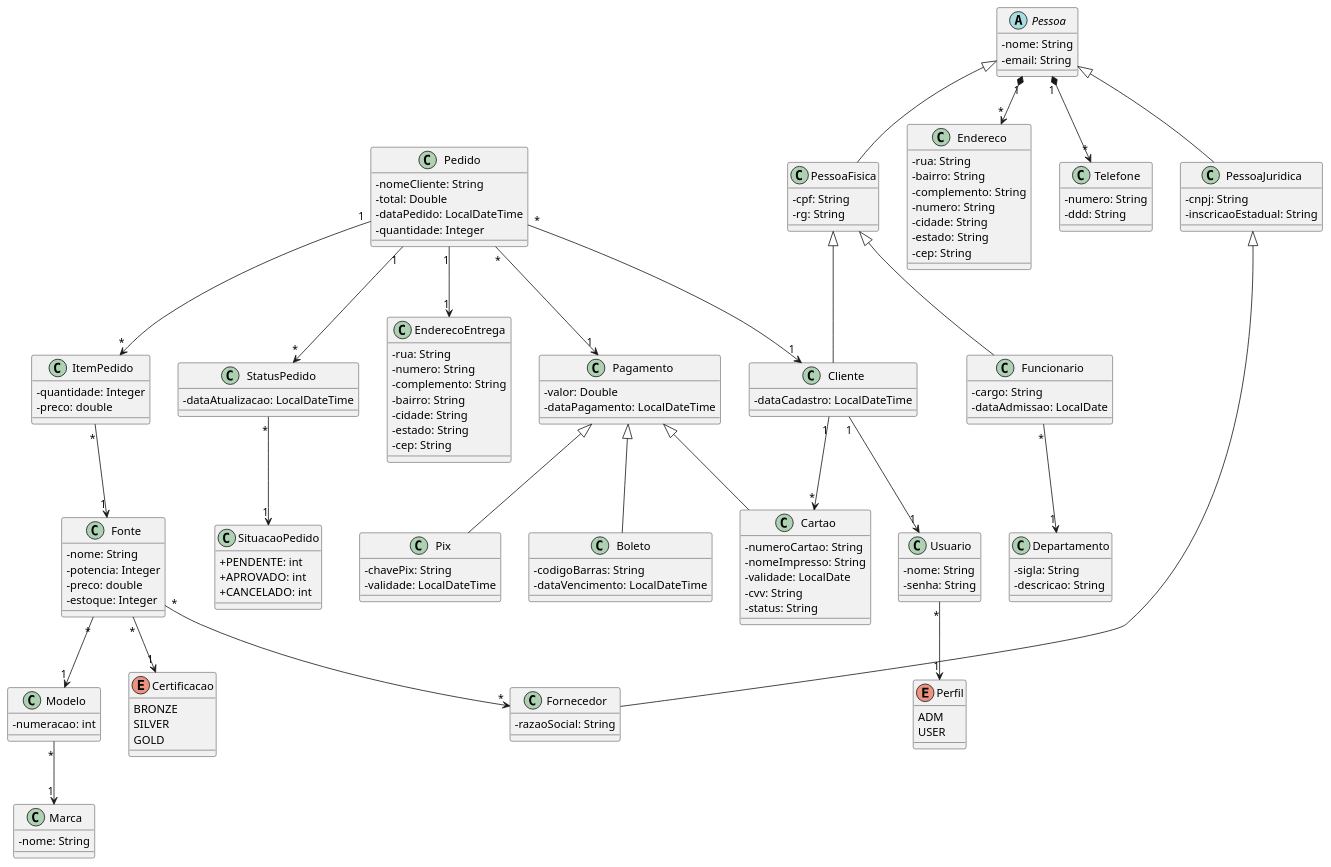
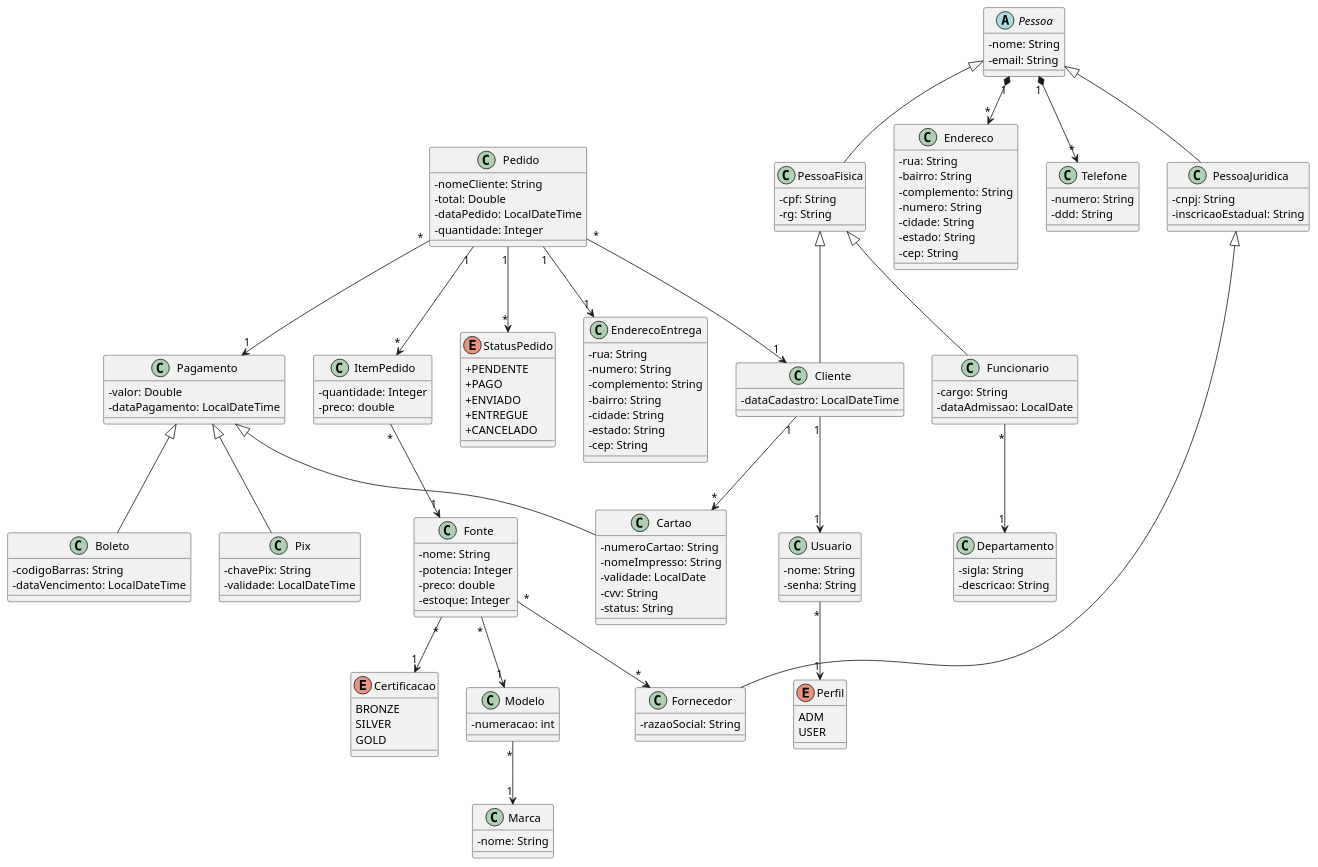
Before and after one commit to BielGG9/fontestp1: the diagram in src/main/resources/UML.puml, drawn with PlantUML.

Commit message:
SÓ DA GLORIA A DEUS

```diff
--- a/src/main/resources/UML.puml
+++ b/src/main/resources/UML.puml
@@ -1,168 +1,166 @@
 @startuml
 
 skinparam classAttributeIconSize 0
 
 class PessoaFisica extends Pessoa {
   -cpf: String
   -rg: String
 }
 
 class PessoaJuridica extends Pessoa {
   -cnpj: String
   -inscricaoEstadual: String
 }
 
 abstract class Pessoa {
   -nome: String
   -email: String
 }
 
 class Cliente extends PessoaFisica {
   -dataCadastro: LocalDateTime
 }
 
 class Endereco {
   -rua: String
   -bairro: String
   -complemento: String
   -numero: String
   -cidade: String
   -estado: String
   -cep: String
 }
 
 class Telefone {
   -numero: String
   -ddd: String
 }
 
 Class Departamento {
   -sigla: String
   -descricao: String
 }
 
 class Funcionario extends PessoaFisica {
   -cargo: String
   -dataAdmissao: LocalDate
 }
 
 class Fornecedor extends PessoaJuridica {
   -razaoSocial: String
 }
 
 class Usuario {
   -nome: String
   -senha: String
 }
 
 Enum Perfil {
   ADM
   USER
 }
 
 class Pedido {
   -nomeCliente: String
   -total: Double
   -dataPedido: LocalDateTime
   -quantidade: Integer
 }
 
 Class EnderecoEntrega {
   -rua: String
   -numero: String
   -complemento: String
   -bairro: String
   -cidade: String
   -estado: String
   -cep: String
 }
 
 class Pagamento {
   -valor: Double
   -dataPagamento: LocalDateTime
 }
 
 class Pix extends Pagamento {
   -chavePix: String
   -validade: LocalDateTime
 }
 
 class Boleto extends Pagamento {
   -codigoBarras: String
   -dataVencimento: LocalDateTime
 }
 
 class Cartao extends Pagamento {
   -numeroCartao: String
   -nomeImpresso: String
   -validade: LocalDate
   -cvv: String
   -status: String
 }
 
 class ItemPedido {
   -quantidade: Integer
   -preco: double
 }
 
 class Fonte {
   -nome: String
   -potencia: Integer
   -preco: double
   -estoque: Integer
 }
 
 class Marca {
   -nome: String
 }
 
 enum Certificacao {
   BRONZE
   SILVER
   GOLD
 }
 
 class Modelo {
   -numeracao: int
 }
 
-Class SituacaoPedido {
-  +PENDENTE: int
-  +APROVADO: int
-  +CANCELADO: int
-}
 
-class StatusPedido {
-  -dataAtualizacao: LocalDateTime
+Enum StatusPedido {
+  + PENDENTE
+  + PAGO 
+  + ENVIADO 
+  + ENTREGUE 
+  + CANCELADO
+
 }
 
 ' --- RELACIONAMENTOS ---
 
 Pessoa "1" *--> "*" Endereco
 Pessoa "1" *--> "*" Telefone
 
 Funcionario "*" --> "1" Departamento
 
 Pedido "*" --> "1" Cliente
 Pedido "1" --> "*" ItemPedido
 Pedido "*" --> "1" Pagamento
 Pedido "1" --> "*" StatusPedido
 Pedido "1" --> "1" EnderecoEntrega
-
-StatusPedido "*" --> "1" SituacaoPedido
 
 Cliente "1" --> "1" Usuario
 
 Cliente "1" --> "*" Cartao
 
 Usuario "*" --> "1" Perfil
 
 ItemPedido "*" --> "1" Fonte
 
 Fonte "*" --> "1" Modelo
 Fonte "*" --> "*" Fornecedor
 Fonte "*" --> "1" Certificacao
 
 Modelo "*" --> "1" Marca
 
 @enduml
```
